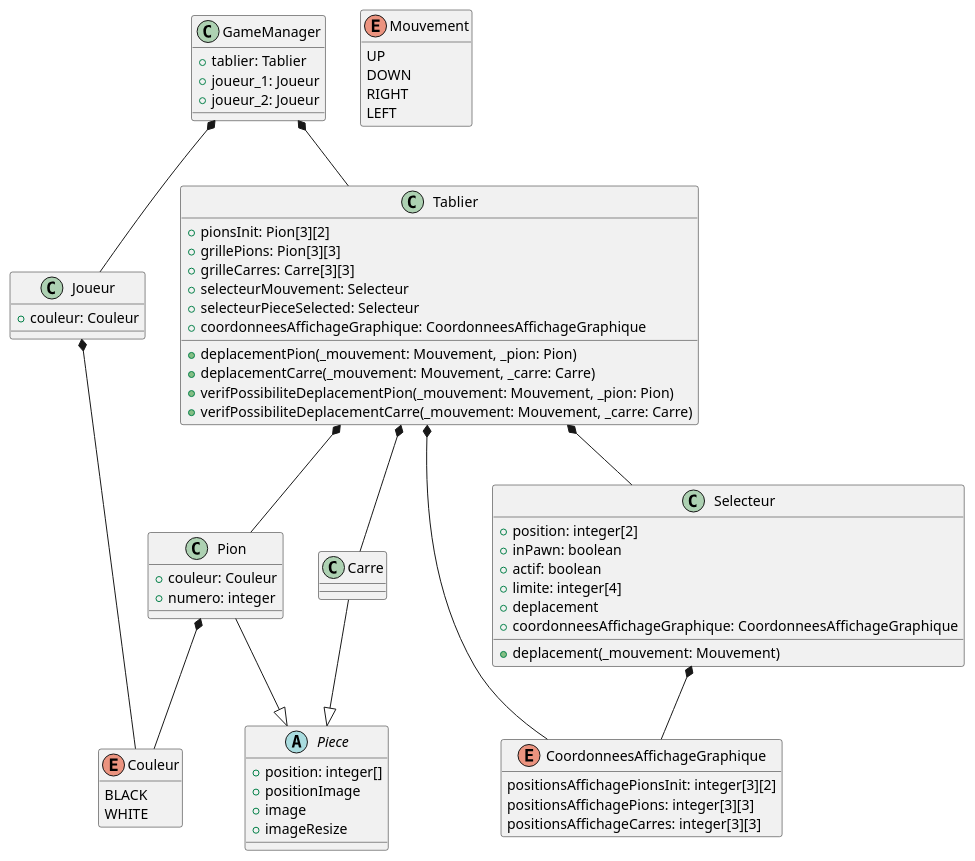
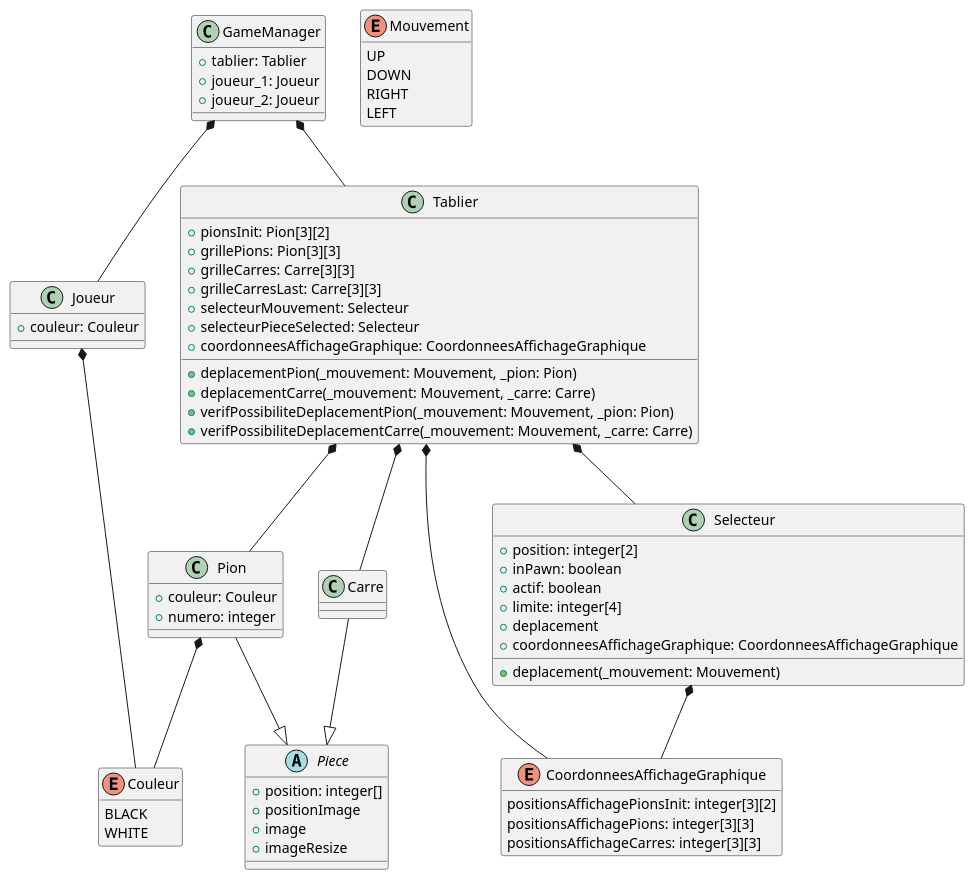
One commit to AurelienVasseur/Force-3 changed the diagram in Doc/UML/classes.puml. Above: the diagram before and after it, drawn with PlantUML. The commit also changed 10 other files, not shown here.

```diff
--- a/Doc/UML/classes.puml
+++ b/Doc/UML/classes.puml
@@ -1,87 +1,88 @@
 @startuml classes
 
 class Tablier {
     +pionsInit: Pion[3][2]
     +grillePions: Pion[3][3]
     +grilleCarres: Carre[3][3]
+    +grilleCarresLast: Carre[3][3]
     +selecteurMouvement: Selecteur
     +selecteurPieceSelected: Selecteur
     +coordonneesAffichageGraphique: CoordonneesAffichageGraphique
     +deplacementPion(_mouvement: Mouvement, _pion: Pion)
     +deplacementCarre(_mouvement: Mouvement, _carre: Carre)
     +verifPossibiliteDeplacementPion(_mouvement: Mouvement, _pion: Pion)
     +verifPossibiliteDeplacementCarre(_mouvement: Mouvement, _carre: Carre)
 }
 
 class Joueur {
     +couleur: Couleur
 }
 
 abstract class Piece {
     +position: integer[]
     +positionImage
     +image
     +imageResize
 }
 
 class Pion {
     +couleur: Couleur
     +numero: integer
 }
 
 class Carre {
 
 }
 
 class Selecteur {
     +position: integer[2]
     +inPawn: boolean
     +actif: boolean
     +limite: integer[4]
     +deplacement
     +coordonneesAffichageGraphique: CoordonneesAffichageGraphique
     +deplacement(_mouvement: Mouvement)
 }
 
 class GameManager {
     +tablier: Tablier
     +joueur_1: Joueur
     +joueur_2: Joueur
 
 }
 
 enum Couleur {
     BLACK
     WHITE
 }
 hide Couleur methods
 
 enum Mouvement {
     UP
     DOWN
     RIGHT
     LEFT
 }
 hide Mouvement methods
 
 enum CoordonneesAffichageGraphique {
     positionsAffichagePionsInit: integer[3][2]
     positionsAffichagePions: integer[3][3]
     positionsAffichageCarres: integer[3][3]
 }
 hide CoordonneesAffichageGraphique methods
 
 
 GameManager *-- Tablier
 GameManager *-- Joueur
 Tablier *-- Selecteur
 Tablier *-- Pion
 Tablier *-- Carre
 Tablier *-- CoordonneesAffichageGraphique
 Selecteur *-- CoordonneesAffichageGraphique
 Pion --|> Piece
 Carre --|> Piece
 Joueur *-- Couleur
 Pion *-- Couleur
 
 @enduml
```
